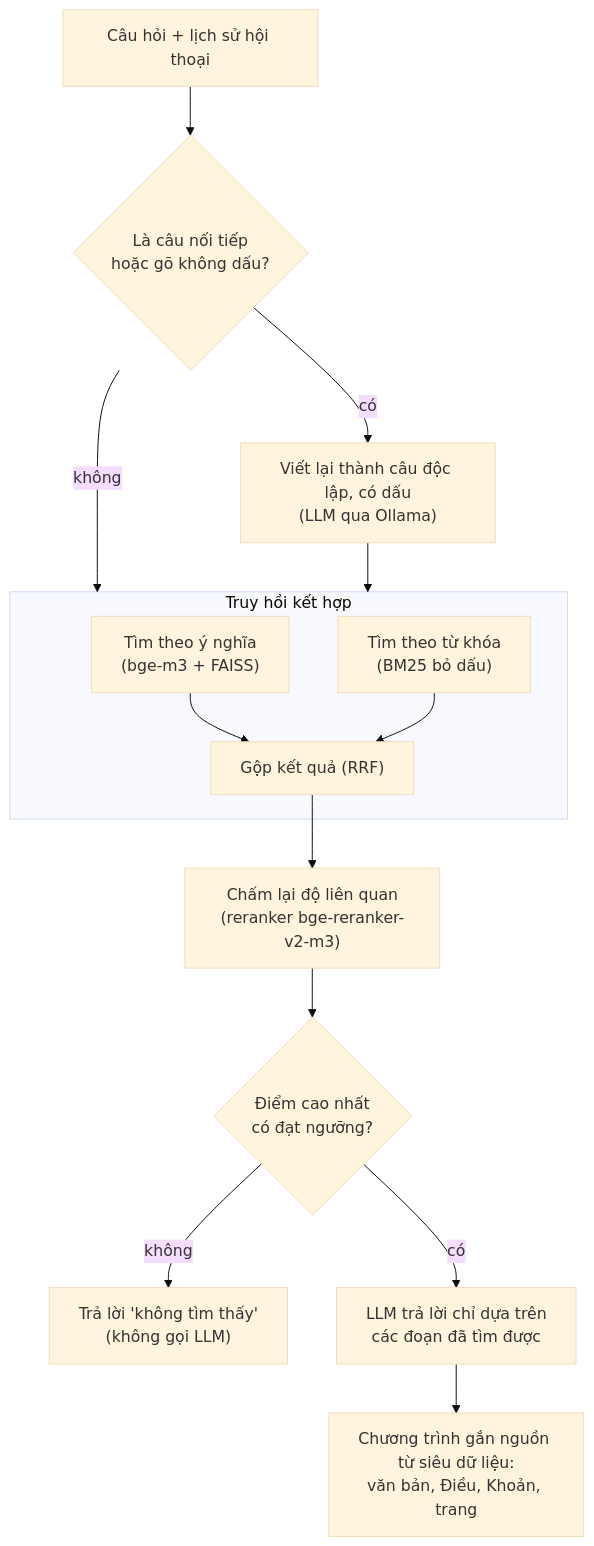
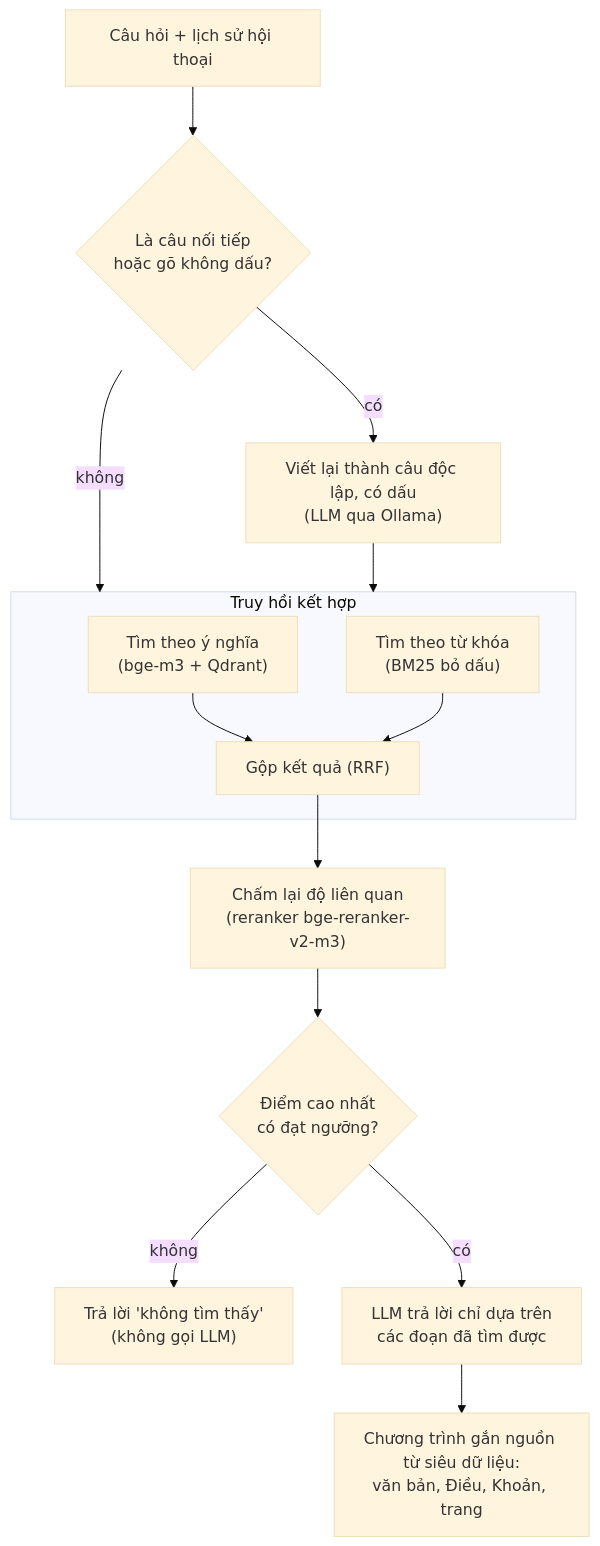
One commit to ngocluong0101/ChatBot changed the second of 2 diagrams in README.md. Above: the diagram before and after it, drawn with Mermaid (base theme). The commit also changed other lines of this file and 20 other files, not shown here.

````diff
--- a/README.md
+++ b/README.md
@@ -65,18 +65,18 @@
 ```mermaid
 flowchart TD
     Q["Câu hỏi + lịch sử hội thoại"] --> RW{"Là câu nối tiếp<br/>hoặc gõ không dấu?"}
     RW -- có --> W["Viết lại thành câu độc lập, có dấu<br/>(LLM qua Ollama)"]
     RW -- không --> H
     W --> H
     subgraph H["Truy hồi kết hợp"]
-        D["Tìm theo ý nghĩa<br/>(bge-m3 + FAISS)"]
+        D["Tìm theo ý nghĩa<br/>(bge-m3 + Qdrant)"]
         K["Tìm theo từ khóa<br/>(BM25 bỏ dấu)"]
         D --> F["Gộp kết quả (RRF)"]
         K --> F
     end
     F --> RR["Chấm lại độ liên quan<br/>(reranker bge-reranker-v2-m3)"]
     RR --> G{"Điểm cao nhất<br/>có đạt ngưỡng?"}
     G -- không --> N["Trả lời 'không tìm thấy'<br/>(không gọi LLM)"]
     G -- có --> L["LLM trả lời chỉ dựa trên<br/>các đoạn đã tìm được"]
     L --> C["Chương trình gắn nguồn từ siêu dữ liệu:<br/>văn bản, Điều, Khoản, trang"]
 ```
````
